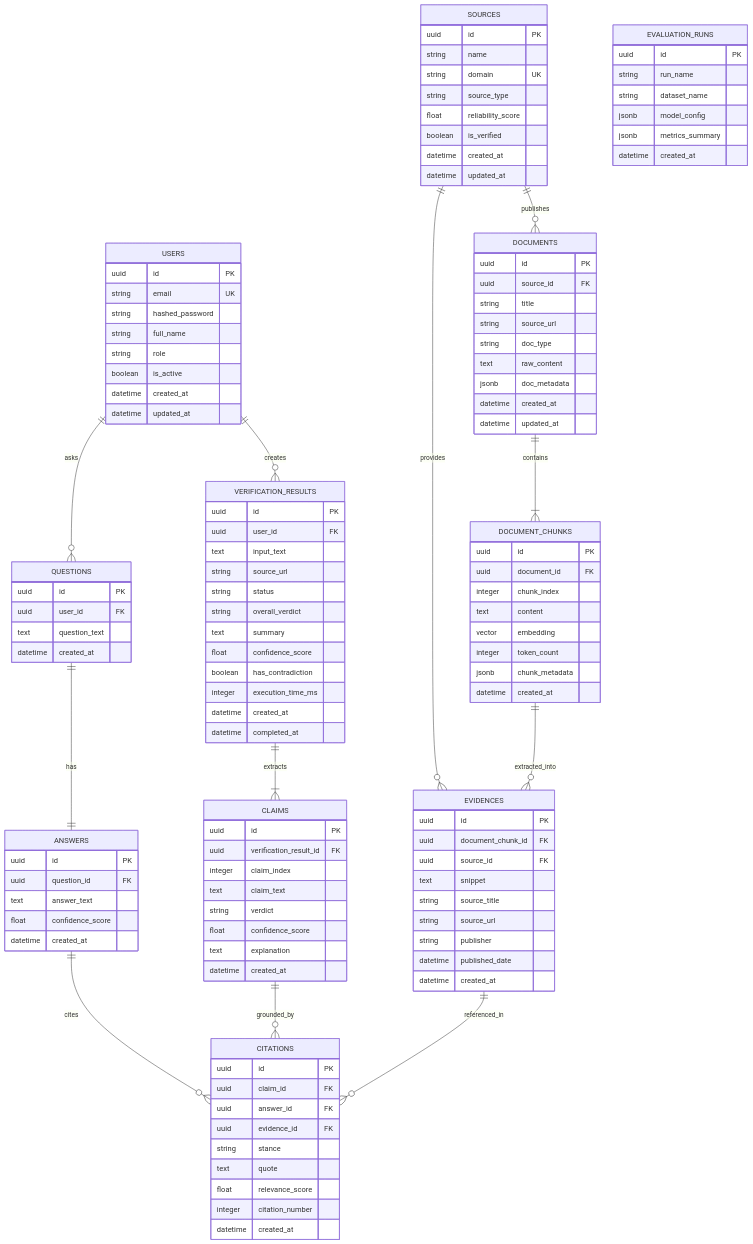
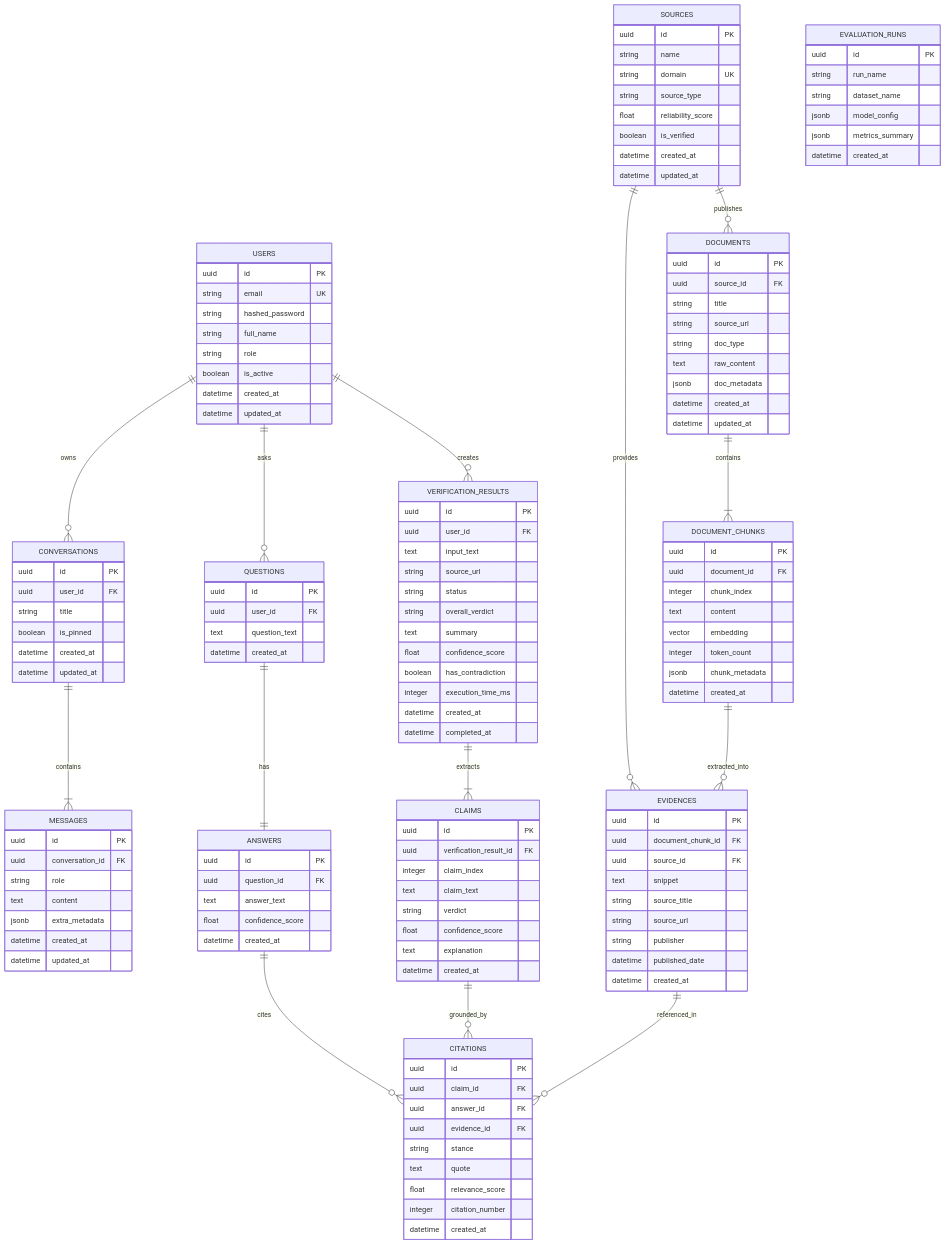
One commit to phamzduong-pixel/SourceCheck-AI changed the diagram in docs/database-architecture.md. Above: the diagram before and after it, drawn with Mermaid. The commit also changed other lines of this file and 135 other files, not shown here.

````diff
--- a/docs/database-architecture.md
+++ b/docs/database-architecture.md
@@ -44,5 +44,8 @@
 ```mermaid
 erDiagram
+    USERS ||--o{ CONVERSATIONS : "owns"
+    CONVERSATIONS ||--|{ MESSAGES : "contains"
+
     USERS ||--o{ VERIFICATION_RESULTS : "creates"
     USERS ||--o{ QUESTIONS : "asks"
 
@@ -67,6 +70,25 @@
         string full_name
         string role
         boolean is_active
+        datetime created_at
+        datetime updated_at
+    }
+
+    CONVERSATIONS {
+        uuid id PK
+        uuid user_id FK
+        string title
+        boolean is_pinned
+        datetime created_at
+        datetime updated_at
+    }
+
+    MESSAGES {
+        uuid id PK
+        uuid conversation_id FK
+        string role
+        text content
+        jsonb extra_metadata
         datetime created_at
         datetime updated_at
     }
````
